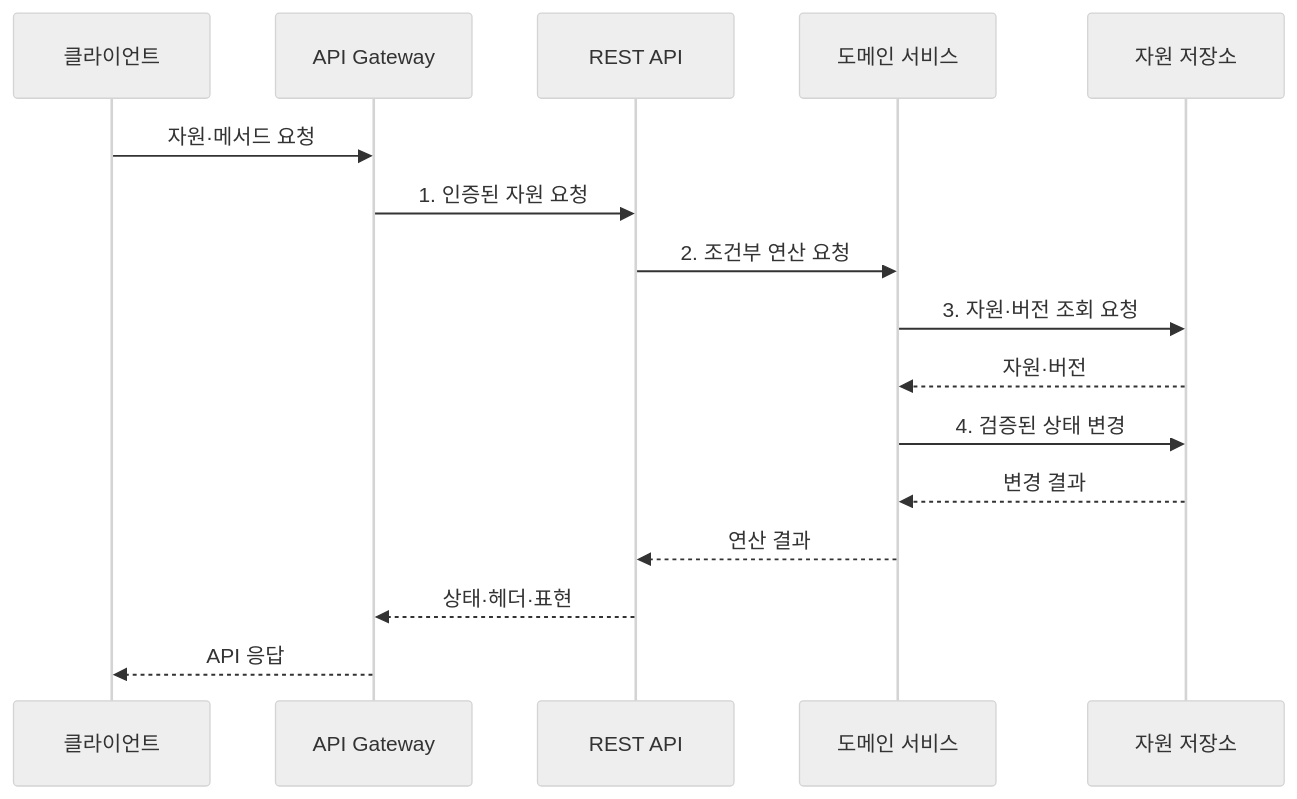
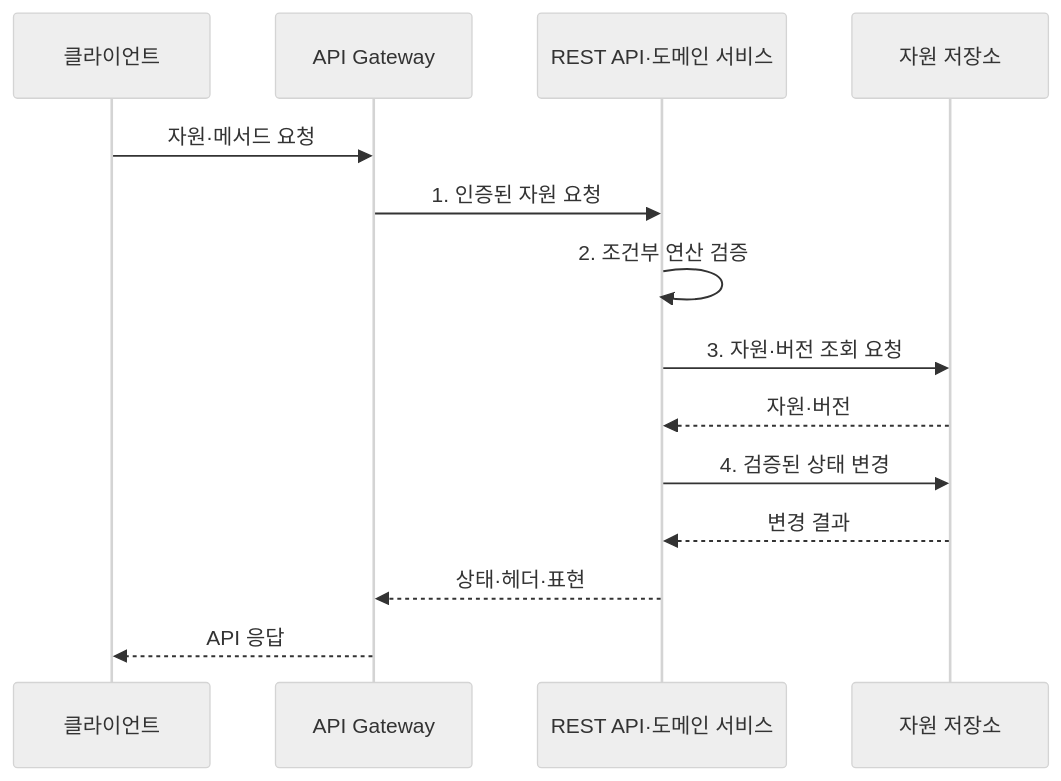
Before and after one commit to agnusdei1207/knowledge-base: the second of 2 diagrams in src/content/docs/notes/03-software/171_restful_api_design.md, drawn with Mermaid (neutral theme). The commit also changed 8 other files, not shown here.

Commit message:
Simplify service operation diagrams

````diff
--- a/src/content/docs/notes/03-software/171_restful_api_design.md
+++ b/src/content/docs/notes/03-software/171_restful_api_design.md
@@ -95,18 +95,16 @@
 ```mermaid
 sequenceDiagram
     participant C as 클라이언트
     participant G as API Gateway
-    participant A as REST API
-    participant D as 도메인 서비스
+    participant A as REST API·도메인 서비스
     participant S as 자원 저장소
     C->>G: 자원·메서드 요청
     G->>A: 1. 인증된 자원 요청
-    A->>D: 2. 조건부 연산 요청
-    D->>S: 3. 자원·버전 조회 요청
-    S-->>D: 자원·버전
-    D->>S: 4. 검증된 상태 변경
-    S-->>D: 변경 결과
-    D-->>A: 연산 결과
+    A->>A: 2. 조건부 연산 검증
+    A->>S: 3. 자원·버전 조회 요청
+    S-->>A: 자원·버전
+    A->>S: 4. 검증된 상태 변경
+    S-->>A: 변경 결과
     A-->>G: 상태·헤더·표현
     G-->>C: API 응답
 ```
````
